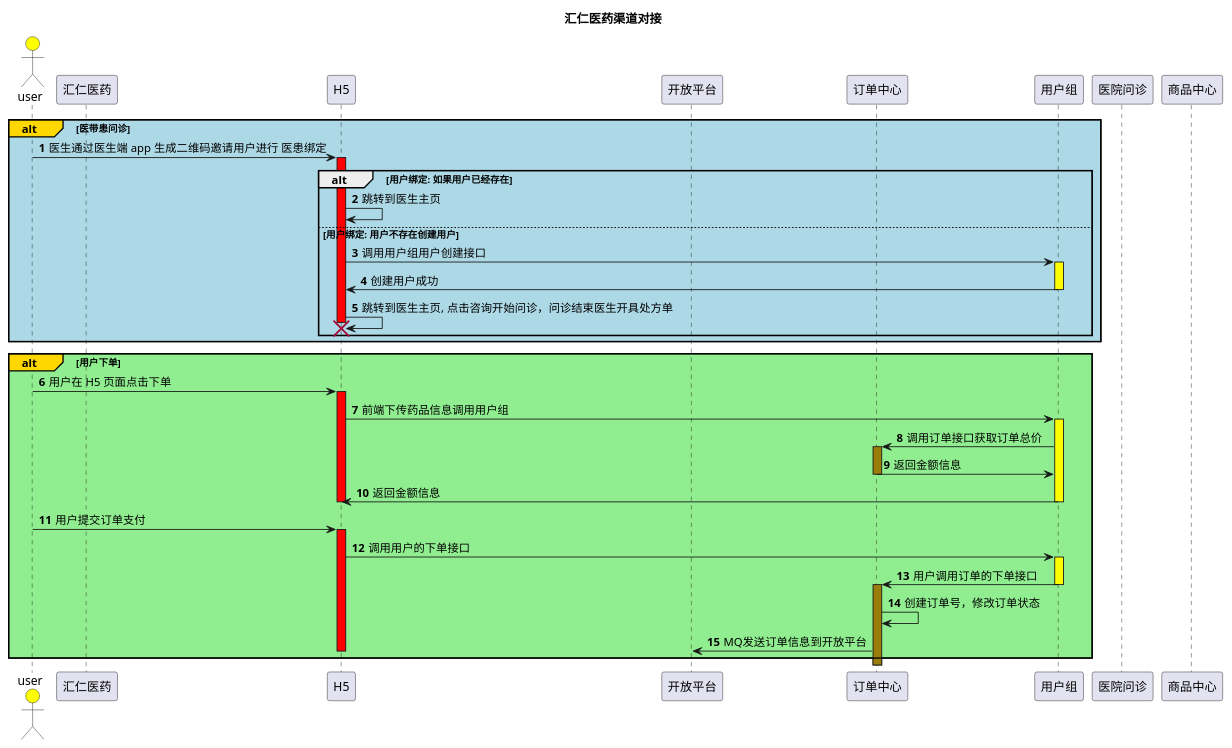
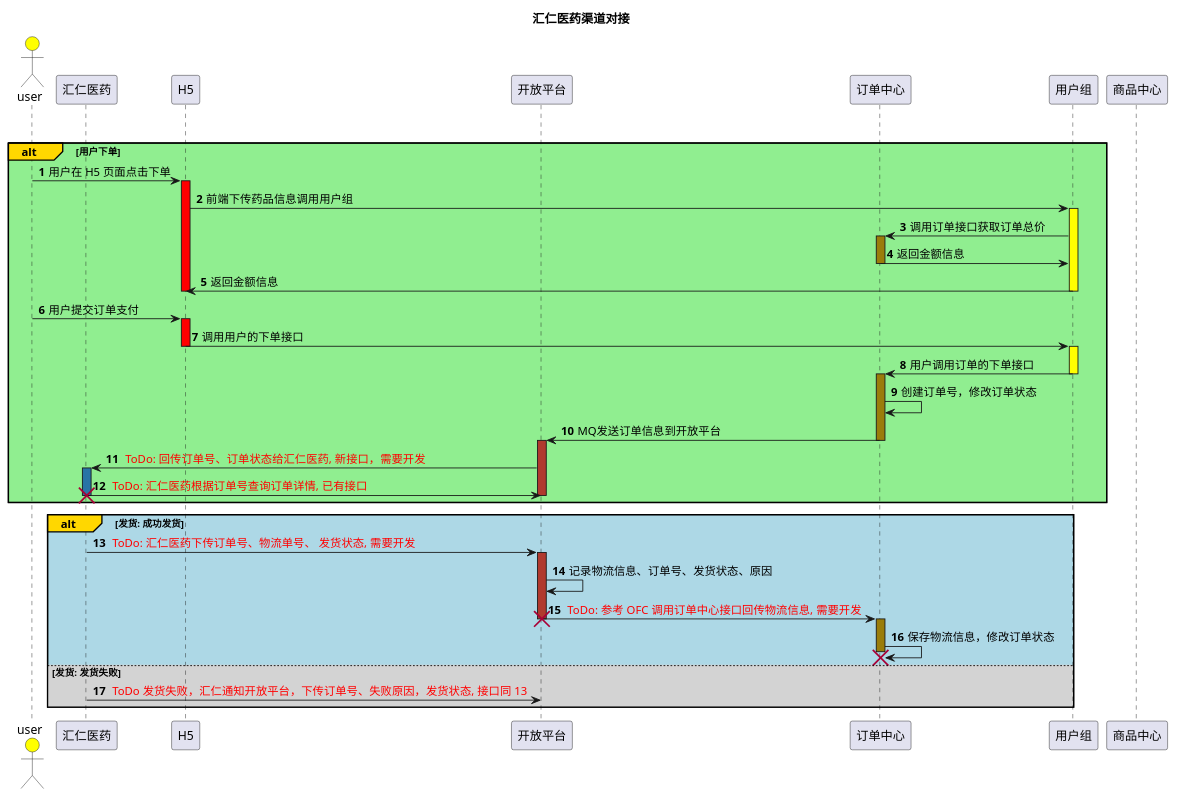
Before and after one commit to sunyue0315/Java_Record: the diagram in workutil/worktest/src/main/java/com/anzhi/worktest/plantuml/huirenToOpenApiProcess.puml, drawn with PlantUML. The commit also changed 1 other file, not shown here.

```diff
--- a/workutil/worktest/src/main/java/com/anzhi/worktest/plantuml/huirenToOpenApiProcess.puml
+++ b/workutil/worktest/src/main/java/com/anzhi/worktest/plantuml/huirenToOpenApiProcess.puml
@@ -1,53 +1,58 @@
 @startuml
 
 title 汇仁医药渠道对接
 autonumber
 actor user #Yellow
 participant "汇仁医药" as  huiren
 participant "H5" as H5
 participant "开放平台" as openApi
 participant "订单中心" as orderCenter
 participant "用户组" as userCenter
-participant "医院问诊" as inquiry
 participant "商品中心" as productCent
 
 alt#Gold #LightBlue 医带患问诊
-user -> H5 : 医生通过医生端 app 生成二维码邀请用户进行 医患绑定
-activate H5 #red
-    alt  用户绑定: 如果用户已经存在
-        H5 -> H5 : 跳转到医生主页
-    else 用户绑定: 用户不存在创建用户
-        H5 -> userCenter : 调用用户组用户创建接口
-        activate userCenter #yellow
-            userCenter -> H5 : 创建用户成功
-        deactivate userCenter
-        H5 -> H5 : 跳转到医生主页, 点击咨询开始问诊，问诊结束医生开具处方单
-    destroy H5
-    end
-end
-
 alt#Gold #LightGreen 用户下单
 user -> H5 : 用户在 H5 页面点击下单
 activate H5 #red
     H5 -> userCenter : 前端下传药品信息调用用户组
     activate userCenter #yellow
         userCenter -> orderCenter : 调用订单接口获取订单总价
         activate orderCenter #9A7D0A
             orderCenter -> userCenter : 返回金额信息
         deactivate orderCenter
         userCenter -> H5 : 返回金额信息
     deactivate userCenter
 deactivate H5
 user -> H5 : 用户提交订单支付
 activate H5 #red
     H5 -> userCenter : 调用用户的下单接口
-    activate userCenter #yellow
-        userCenter -> orderCenter : 用户调用订单的下单接口
-    deactivate userCenter
-    activate orderCenter #9A7D0A
-        orderCenter -> orderCenter : 创建订单号，修改订单状态
-        orderCenter -> openApi : MQ发送订单信息到开放平台
 deactivate H5
+activate userCenter #yellow
+    userCenter -> orderCenter : 用户调用订单的下单接口
+deactivate userCenter
+activate orderCenter #9A7D0A
+    orderCenter -> orderCenter : 创建订单号，修改订单状态
+    orderCenter -> openApi : MQ发送订单信息到开放平台
+deactivate orderCenter
+activate openApi #B03A2E
+    openApi -> huiren : <color red> ToDo: 回传订单号、订单状态给汇仁医药, 新接口，需要开发
+    activate huiren #2874A6
+    huiren -> openApi : <color red> ToDo: 汇仁医药根据订单号查询订单详情, 已有接口
+    destroy huiren
+deactivate openApi
+end
+
+alt#Gold #lightBlue 发货: 成功发货
+huiren -> openApi : <color red> ToDo: 汇仁医药下传订单号、物流单号、 发货状态, 需要开发
+activate openApi #B03A2E
+    openApi -> openApi : 记录物流信息、订单号、发货状态、原因
+    openApi -> orderCenter : <color red> ToDo: 参考 OFC 调用订单中心接口回传物流信息, 需要开发
+destroy openApi
+activate orderCenter #9A7D0A
+    orderCenter -> orderCenter : 保存物流信息，修改订单状态
+destroy orderCenter
+else #lightGray 发货: 发货失败
+    huiren -> openApi : <color red> ToDo 发货失败，汇仁通知开放平台，下传订单号、失败原因，发货状态, 接口同 13
 end
 
 @enduml
```
